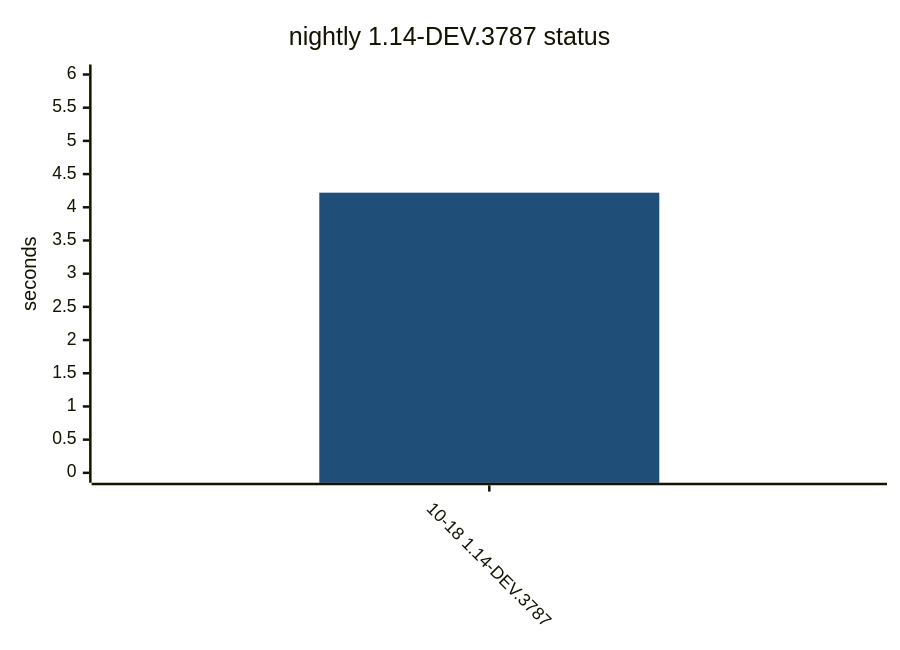
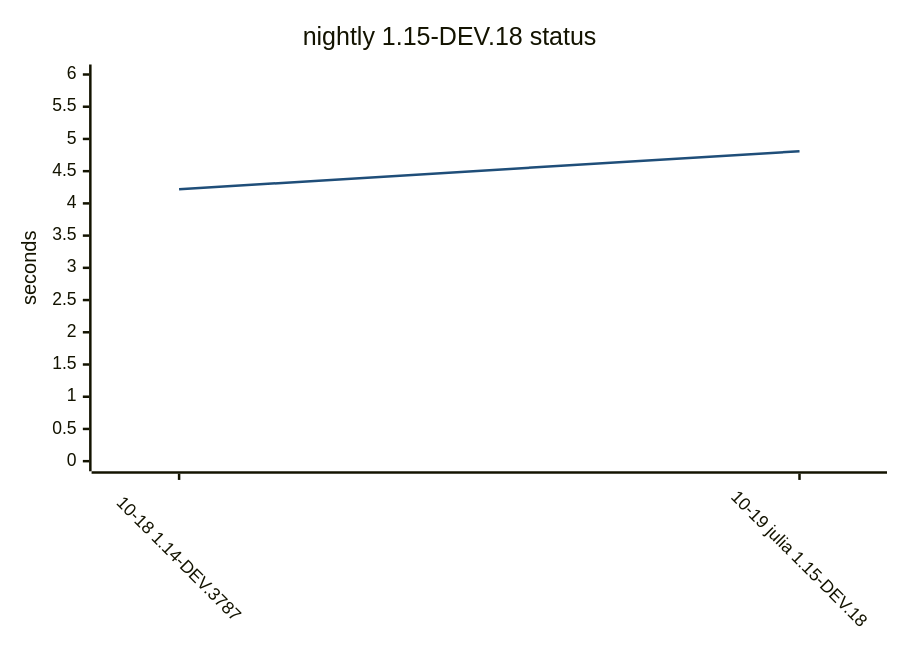
Before and after one commit to yamanori99/DistSSHKit.jl: the tenth of 12 diagrams in README.md, drawn with Mermaid. The commit also changed other lines of this file and 1 other file, not shown here.

Commit message:
Record compile bench for nightly.

````diff
--- a/README.md
+++ b/README.md
@@ -335,17 +337,17 @@
 ```mermaid
 ---
 config:
   theme: base
   themeVariables:
     xyChart:
       plotColorPalette: "#1f4e79"
   xyChart:
     xAxis:
       labelRotation: 45
 ---
 xychart-beta
-    title "nightly 1.14-DEV.3787 status"
-    x-axis ["10-18 1.14-DEV.3787"]
+    title "nightly 1.15-DEV.18 status"
+    x-axis ["10-18 1.14-DEV.3787", "10-19 julia 1.15-DEV.18"]
     y-axis "seconds" 0 --> 6
-    bar [4.22]
+    line [4.22, 4.81]
 ```
````
